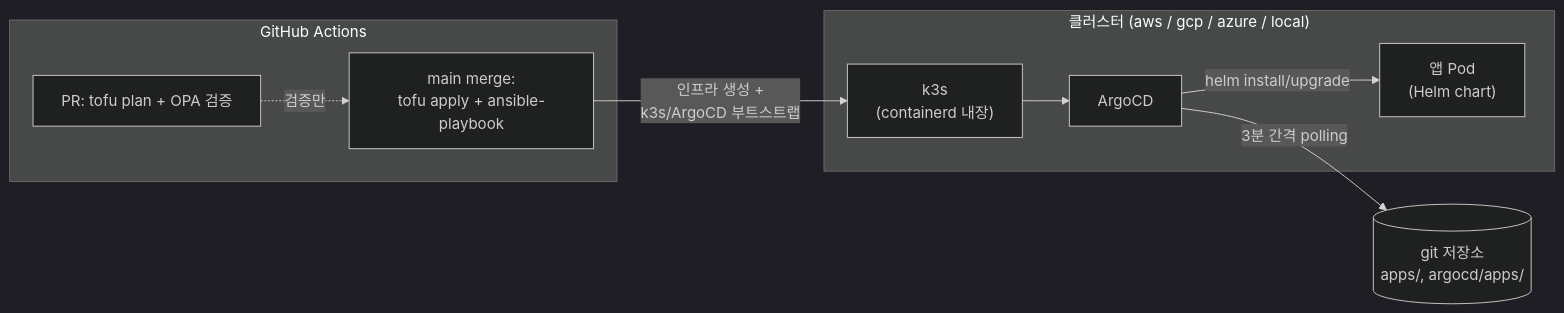
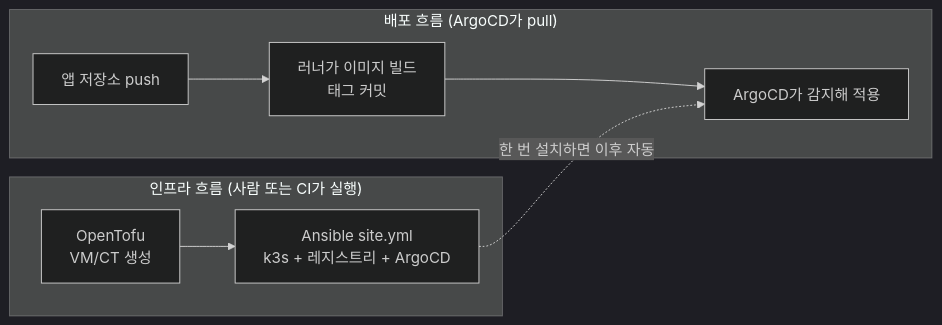
One commit to gjwnssud/iac-multicloud changed the first of 3 diagrams in docs/architecture.md. Above: the diagram before and after it, drawn with Mermaid (dark theme). The commit also changed other lines of this file and 8 other files, not shown here.

````diff
--- a/docs/architecture.md
+++ b/docs/architecture.md
@@ -12,19 +8,13 @@
 ```mermaid
 flowchart LR
-  subgraph CI["GitHub Actions"]
-    PR["PR: tofu plan + OPA 검증"]
-    MERGE["main merge:\ntofu apply + ansible-playbook"]
+  subgraph INFRA["인프라 흐름 (사람 또는 CI가 실행)"]
+    tofu["OpenTofu<br/>VM/CT 생성"]
+    ans["Ansible site.yml<br/>k3s + 레지스트리 + ArgoCD"]
+    tofu --> ans
   end
-  subgraph CLUSTER["클러스터 (aws / gcp / azure / local)"]
-    K3S["k3s\n(containerd 내장)"]
-    ARGO["ArgoCD"]
-    APP["앱 Pod\n(Helm chart)"]
+  subgraph DEPLOY["배포 흐름 (ArgoCD가 pull)"]
+    app["앱 저장소 push"] --> ci["러너가 이미지 빌드<br/>태그 커밋"]
+    ci --> argo["ArgoCD가 감지해 적용"]
   end
-  GIT[("git 저장소\napps/, argocd/apps/")]
-
-  PR -.검증만.-> MERGE
-  MERGE -->|"인프라 생성 +\nk3s/ArgoCD 부트스트랩"| K3S
-  K3S --> ARGO
-  ARGO -->|"3분 간격 polling"| GIT
-  ARGO -->|"helm install/upgrade"| APP
+  ans -. "한 번 설치하면 이후 자동" .-> argo
 ```
````
